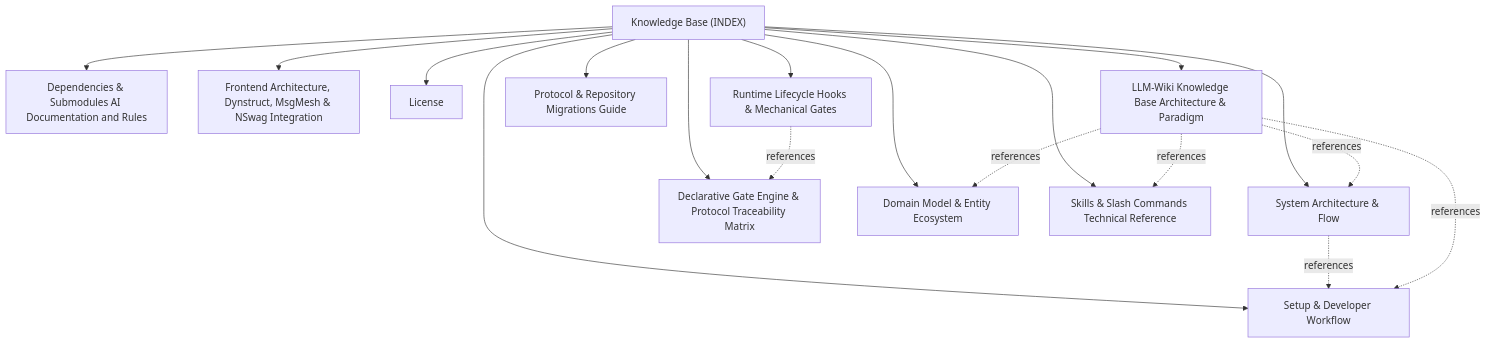
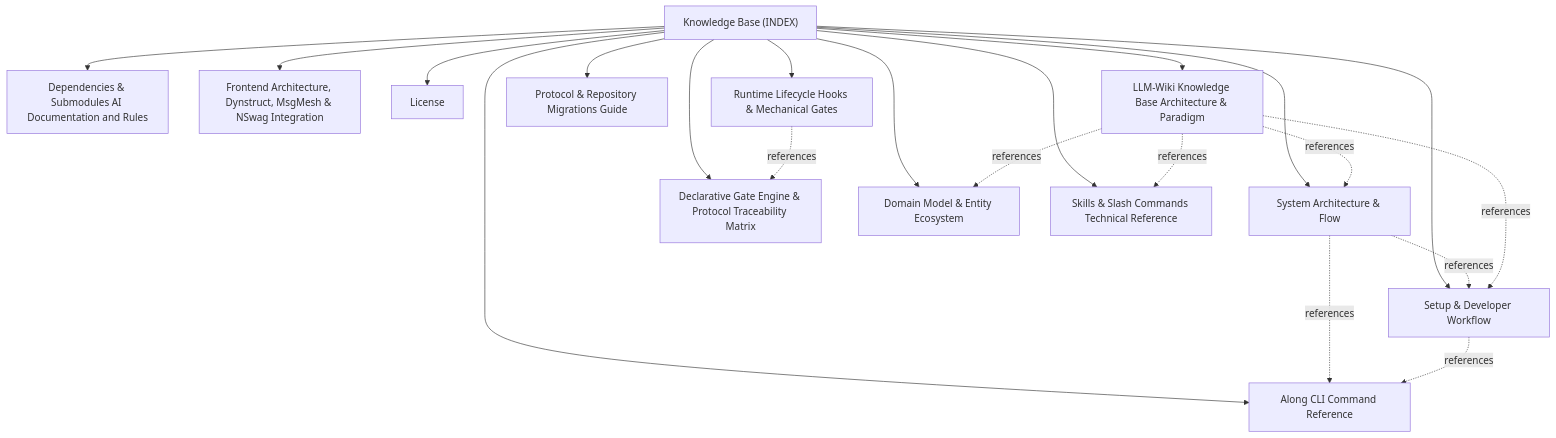
The diagram in docs/INDEX.md (actdim/along), drawn with Mermaid before and after one commit. The commit also changed other lines of this file and 49 other files, not shown here.

````diff
--- a/docs/INDEX.md
+++ b/docs/INDEX.md
@@ -17,32 +17,36 @@
 ```mermaid
 flowchart TD
     INDEX["Knowledge Base (INDEX)"]
     T_ARCHITECTURE["System Architecture & Flow"]
     INDEX --> T_ARCHITECTURE
+    T_CLI_REFERENCE["Along CLI Command Reference"]
+    INDEX --> T_CLI_REFERENCE
     T_DECLARATIVE_GATES_AND_TRACEABILITY["Declarative Gate Engine & Protocol Traceability Matrix"]
     INDEX --> T_DECLARATIVE_GATES_AND_TRACEABILITY
     T_DEPENDENCIES["Dependencies & Submodules AI Documentation and Rules"]
     INDEX --> T_DEPENDENCIES
     T_DOMAIN_MODEL["Domain Model & Entity Ecosystem"]
     INDEX --> T_DOMAIN_MODEL
     T_FRONTEND_FRAMEWORKS["Frontend Architecture, Dynstruct, MsgMesh & NSwag Integration"]
     INDEX --> T_FRONTEND_FRAMEWORKS
     T_LICENSE["License"]
     INDEX --> T_LICENSE
     T_LLM_WIKI_ARCHITECTURE["LLM-Wiki Knowledge Base Architecture & Paradigm"]
     INDEX --> T_LLM_WIKI_ARCHITECTURE
     T_MIGRATIONS["Protocol & Repository Migrations Guide"]
     INDEX --> T_MIGRATIONS
     T_RUNTIME_HOOKS_AND_GATES["Runtime Lifecycle Hooks & Mechanical Gates"]
     INDEX --> T_RUNTIME_HOOKS_AND_GATES
     T_SETUP_AND_WORKFLOW["Setup & Developer Workflow"]
     INDEX --> T_SETUP_AND_WORKFLOW
     T_SKILLS_REFERENCE["Skills & Slash Commands Technical Reference"]
     INDEX --> T_SKILLS_REFERENCE
+    T_ARCHITECTURE -.->|references| T_CLI_REFERENCE
     T_ARCHITECTURE -.->|references| T_SETUP_AND_WORKFLOW
     T_LLM_WIKI_ARCHITECTURE -.->|references| T_ARCHITECTURE
     T_LLM_WIKI_ARCHITECTURE -.->|references| T_DOMAIN_MODEL
     T_LLM_WIKI_ARCHITECTURE -.->|references| T_SKILLS_REFERENCE
     T_LLM_WIKI_ARCHITECTURE -.->|references| T_SETUP_AND_WORKFLOW
     T_RUNTIME_HOOKS_AND_GATES -.->|references| T_DECLARATIVE_GATES_AND_TRACEABILITY
+    T_SETUP_AND_WORKFLOW -.->|references| T_CLI_REFERENCE
 ```
````
